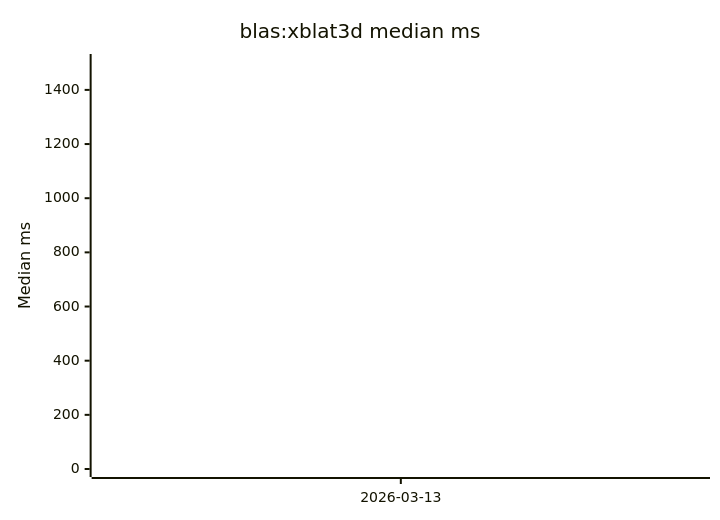
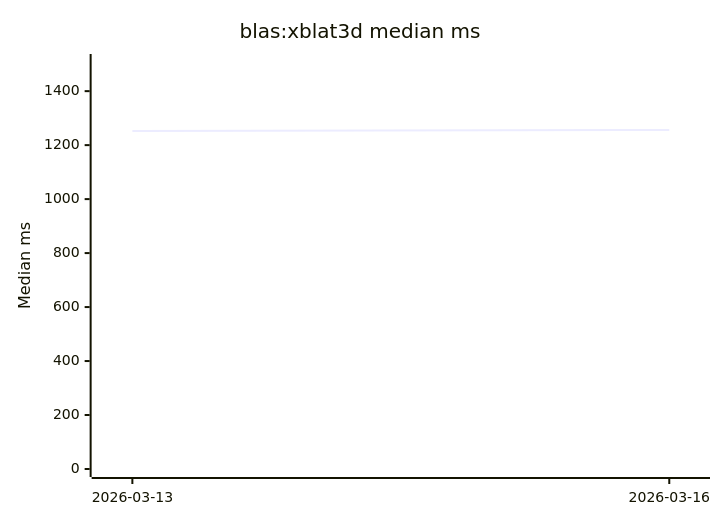
One commit to NeoZedAtlas/Col6Forge changed the first of 2 diagrams in PERFORMANCE.md. Above: the diagram before and after it, drawn with Mermaid. The commit also changed other lines of this file and 2 other files, not shown here.

````diff
--- a/PERFORMANCE.md
+++ b/PERFORMANCE.md
@@ -20,7 +20,7 @@
 ```mermaid
 xychart-beta
     title "blas:xblat3d median ms"
-    x-axis ["2026-03-13"]
-    y-axis "Median ms" 0 --> 1503
-    line [1252]
+    x-axis ["2026-03-13", "2026-03-16"]
+    y-axis "Median ms" 0 --> 1508
+    line [1252, 1256]
 ```
````
